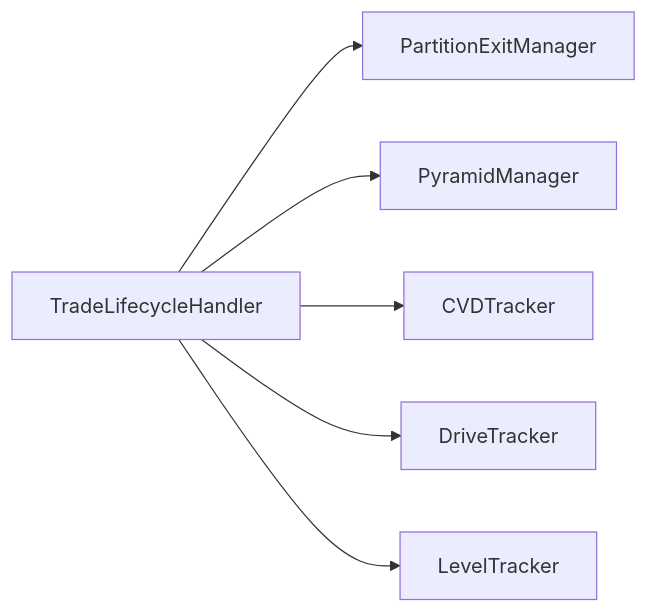
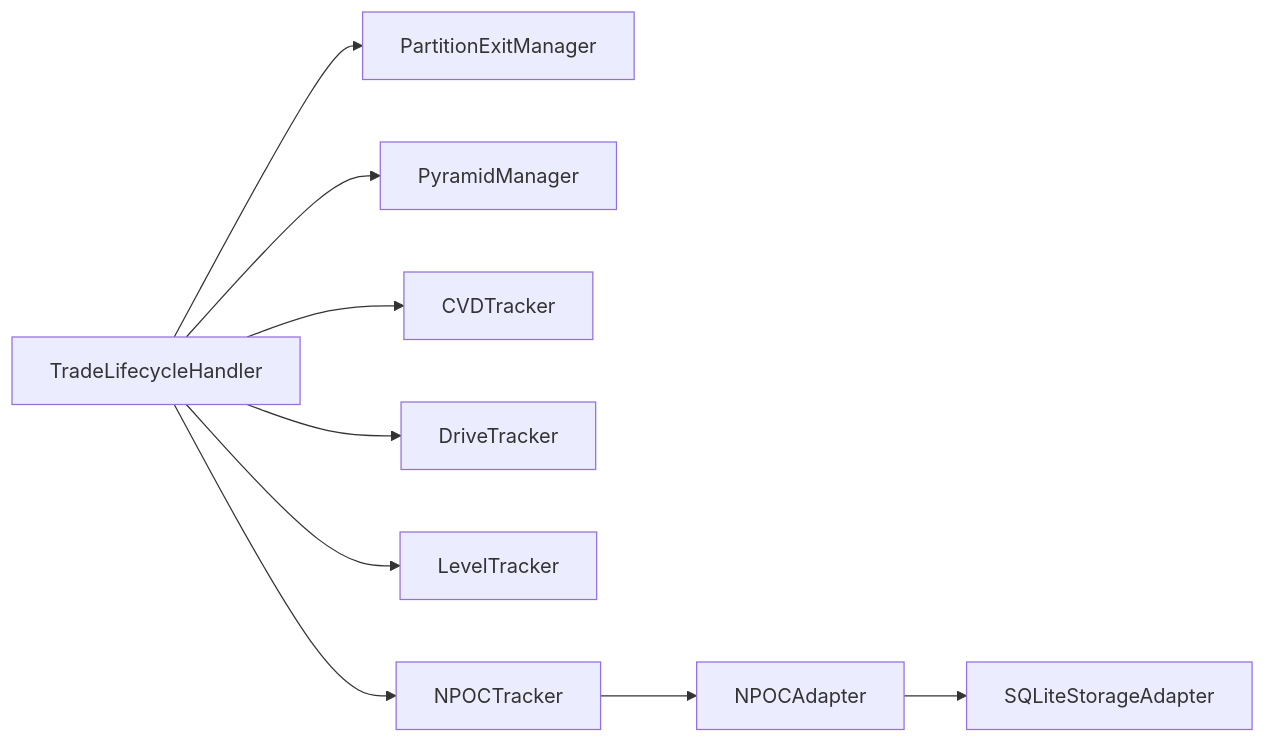
One commit to gemrajkhatry-maker/v5-of-glassytrade-ai changed the ninth of 9 diagrams in .qoder/repowiki/en/content/Backend Application/Domain Services/Specialized Tracking Services.md. Above: the diagram before and after it, drawn with Mermaid. The commit also changed other lines of this file and 930 other files, not shown here.

````diff
--- a/.qoder/repowiki/en/content/Backend Application/Domain Services/Specialized Tracking Services.md
+++ b/.qoder/repowiki/en/content/Backend Application/Domain Services/Specialized Tracking Services.md
@@ -346,8 +437,11 @@
 ```mermaid
 graph LR
 TLH["TradeLifecycleHandler"] --> PE["PartitionExitManager"]
 TLH --> PY["PyramidManager"]
 TLH --> CVD["CVDTracker"]
 TLH --> DT["DriveTracker"]
 TLH --> LT["LevelTracker"]
+TLH --> NPOC["NPOCTracker"]
+NPOC --> NPAD["NPOCAdapter"]
+NPAD --> ST["SQLiteStorageAdapter"]
 ```
````
